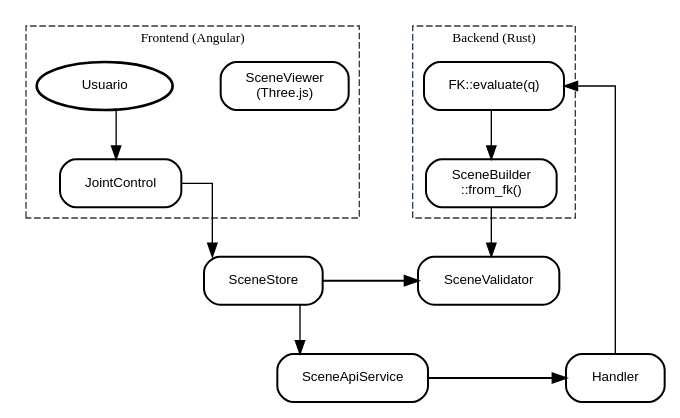
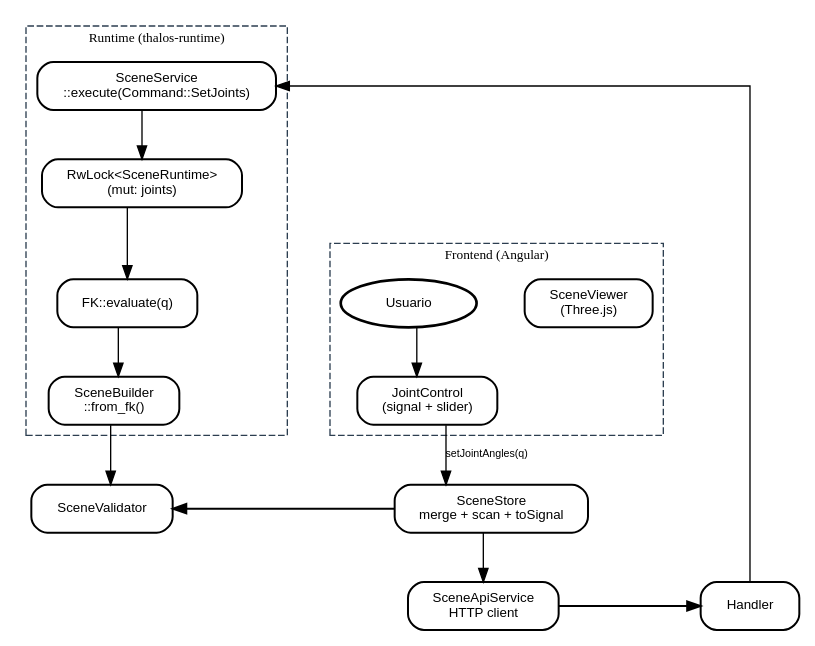
The first of 3 diagrams in docs/flow.qmd (Void-CA/Thalos), drawn with Graphviz before and after one commit. The commit also changed other lines of this file and 6 other files, not shown here.

First line of the commit message:
feat: expand README and documentation for Thalos architecture and runtime

````diff
--- a/docs/flow.qmd
+++ b/docs/flow.qmd
@@ -8,63 +13,59 @@
 ```{dot}
-//| fig-cap: "Pipeline completo end-to-end"
+//| fig-cap: "Pipeline SetJoints — el usuario mueve un slider y ve el resultado"
 //| label: fig-pipeline-e2e
 digraph e2e {
     rankdir=TB;
     splines=ortho;
     nodesep=0.5;
     ranksep=0.5;
     
     node [shape=box, style=rounded, penwidth=1.5, fontname="sans-serif", fontsize=10, margin="0.25,0.1"];
     edge [fontsize=8, fontname="sans-serif"];
 
     subgraph cluster_frontend {
         label="Frontend (Angular)";
         style=dashed;
         penwidth=1;
         fontsize=10;
         color="#2c3e50";
         
         user    [label="Usuario", shape=oval, penwidth=2];
-        jctrl   [label="JointControl"];
-        sstore  [label="SceneStore"];
-        asvc    [label="SceneApiService"];
+        jctrl   [label="JointControl\n(signal + slider)"];
+        sstore  [label="SceneStore\nmerge + scan + toSignal"];
+        asvc    [label="SceneApiService\nHTTP client"];
         sview   [label="SceneViewer\n(Three.js)"];
         
-        // Flujo vertical en frontend
         user -> jctrl;
-        jctrl -> sstore;
+        jctrl -> sstore [label="setJointAngles(q)"];
         sstore -> asvc;
     }
 
-    subgraph cluster_backend {
-        label="Backend (Rust)";
+    subgraph cluster_runtime {
+        label="Runtime (thalos-runtime)";
         style=dashed;
         penwidth=1;
         fontsize=10;
         color="#2c3e50";
         
         handler [label="Handler"];
+        service [label="SceneService\n::execute(Command::SetJoints)"];
+        runtime [label="RwLock<SceneRuntime>\n(mut: joints)"];
         fk      [label="FK::evaluate(q)"];
         builder [label="SceneBuilder\n::from_fk()"];
         vld     [label="SceneValidator"];
         
-        // Flujo vertical en backend
-        handler -> fk;
+        handler -> service;
+        service -> runtime;
+        runtime -> fk;
         fk -> builder;
         builder -> vld;
     }
 
-    // Conexión horizontal entre columnas (de frontend a backend)
-    asvc -> handler [label="HTTP POST", penwidth=1.5];
+    asvc -> handler [label="POST /scene/joints", penwidth=1.5];
+    vld -> sstore [label="JSON 200 (RuntimeStateResponse)", penwidth=1.5, dir=back];
+    sstore -> sview [style=invis];
     
-    // Conexión horizontal de retorno (de backend a frontend)
-    vld -> sstore [label="JSON 200", penwidth=1.5, dir=back];
-    
-    // Conexión final dentro del frontend
-    sstore -> sview [style=invis];  // Mantiene alineación vertical
-    
-    // Forzar disposición en dos columnas
     { rank=same; asvc; handler; }
     { rank=same; vld; sstore; }
 }
 ```
````
